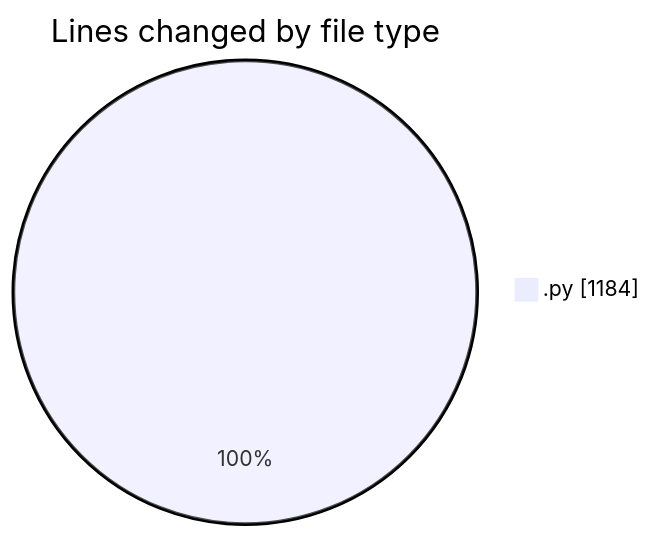
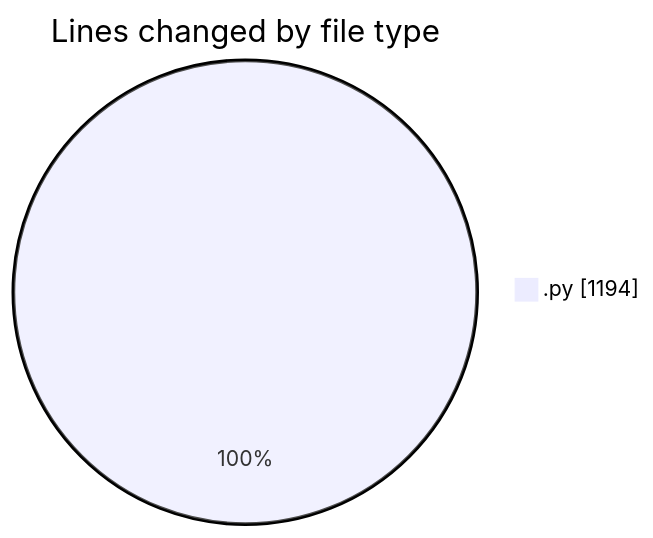
The first of 2 diagrams in 2025-03-26/myws__workspace_/README.md (MatusMokan/code-tracking), drawn with Mermaid before and after one commit. The commit also changed other lines of this file and 1 other file, not shown here.

````diff
--- a/2025-03-26/myws__workspace_/README.md
+++ b/2025-03-26/myws__workspace_/README.md
@@ -20,5 +20,5 @@
 ```mermaid
 pie showData
 title Lines changed by file type
-".py" : 1184
+".py" : 1194
 ```
````
